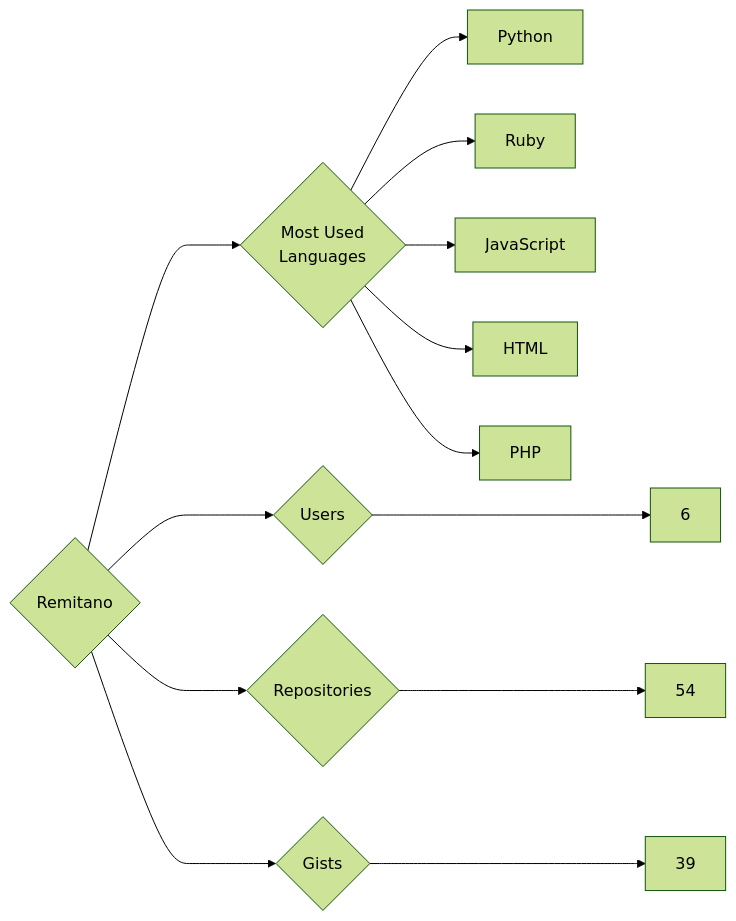
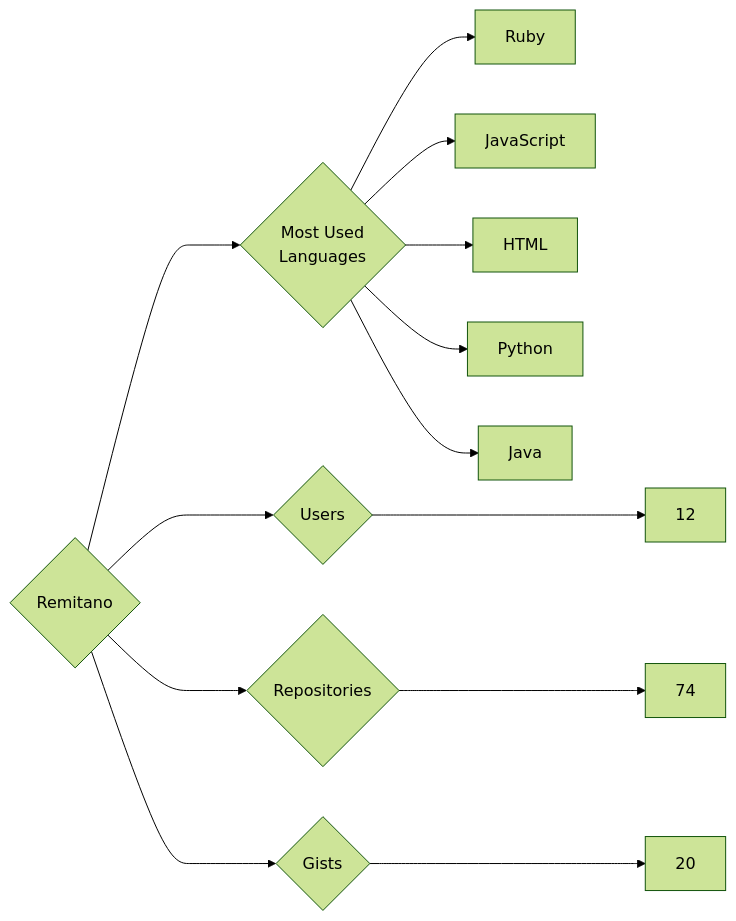
The diagram in targets/Remitano/README.md (trickest/insiders), drawn with Mermaid (forest theme) before and after one commit. The commit also changed 878 other files, not shown here.

````diff
--- a/targets/Remitano/README.md
+++ b/targets/Remitano/README.md
@@ -3,13 +3,13 @@
 ```mermaid
 graph LR
 COMPANY_NAME{Remitano}
-COMPANY_NAME ---> U{Users} ---> UN[6]
-COMPANY_NAME ---> R{Repositories} ---> RN[54]
-COMPANY_NAME ---> G{Gists} ---> GN[39]
+COMPANY_NAME ---> U{Users} ---> UN[12]
+COMPANY_NAME ---> R{Repositories} ---> RN[74]
+COMPANY_NAME ---> G{Gists} ---> GN[20]
 COMPANY_NAME ---> ML{Most Used<br>Languages}
-ML --> Python[Python]
 ML --> Ruby[Ruby]
 ML --> JavaScript[JavaScript]
 ML --> HTML[HTML]
-ML --> PHP[PHP]
+ML --> Python[Python]
+ML --> Java[Java]
 ```
````
